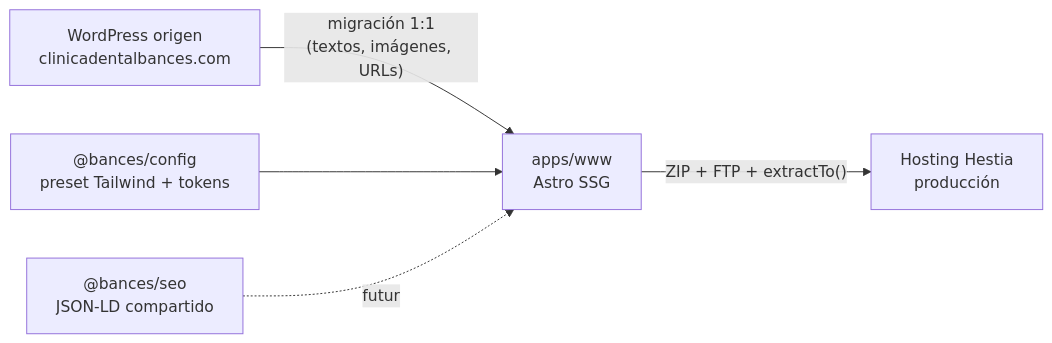
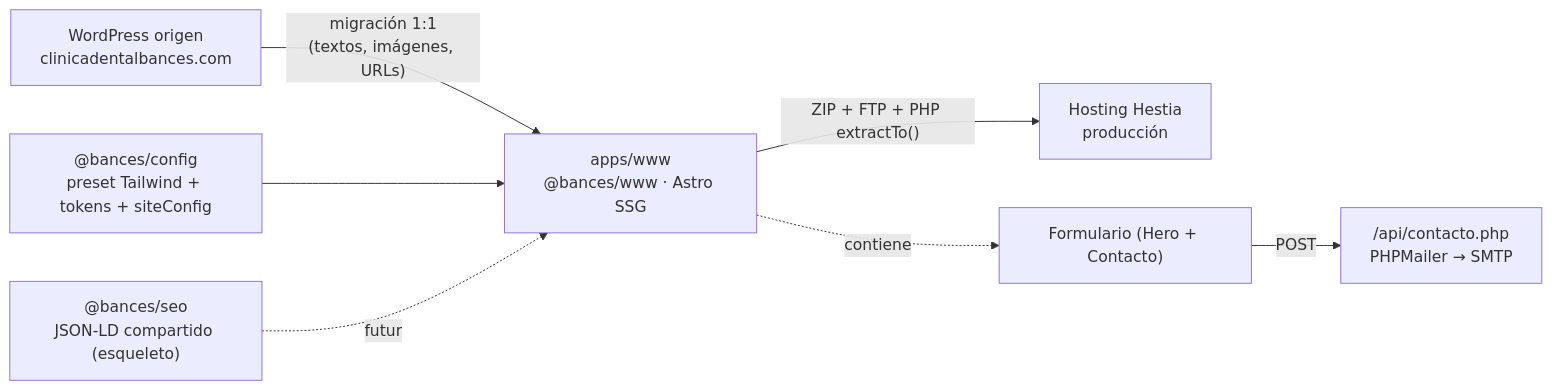
One commit to yapcibello/bances-web changed the diagram in proyecto/arquitectura.md. Above: the diagram before and after it, drawn with Mermaid. The commit also changed other lines of this file and 27 other files, not shown here.

First line of the commit message:
feat: cierre fases 5-14 init-web-astro — pulido home + SEO/GEO/AAA + GTM + deploy

````diff
--- a/proyecto/arquitectura.md
+++ b/proyecto/arquitectura.md
@@ -7,7 +14,9 @@
 ```mermaid
 graph LR
-    WP[WordPress origen<br/>clinicadentalbances.com] -- "migración 1:1<br/>(textos, imágenes, URLs)" --> WWW[apps/www<br/>Astro SSG]
-    CONFIG["@bances/config<br/>preset Tailwind + tokens"] --> WWW
-    SEO["@bances/seo<br/>JSON-LD compartido"] -.futuro.-> WWW
-    WWW -- "ZIP + FTP + extractTo()" --> HESTIA[Hosting Hestia<br/>producción]
+    WP["WordPress origen<br/>clinicadentalbances.com"] -- "migración 1:1<br/>(textos, imágenes, URLs)" --> WWW["apps/www<br/>@bances/www · Astro SSG"]
+    CONFIG["@bances/config<br/>preset Tailwind + tokens + siteConfig"] --> WWW
+    SEO["@bances/seo<br/>JSON-LD compartido (esqueleto)"] -.futuro.-> WWW
+    WWW -- "ZIP + FTP + PHP extractTo()" --> HESTIA["Hosting Hestia<br/>producción"]
+    FORM["Formulario (Hero + Contacto)"] -- "POST" --> PHP["/api/contacto.php<br/>PHPMailer → SMTP"]
+    WWW -.contiene.-> FORM
 ```
````
